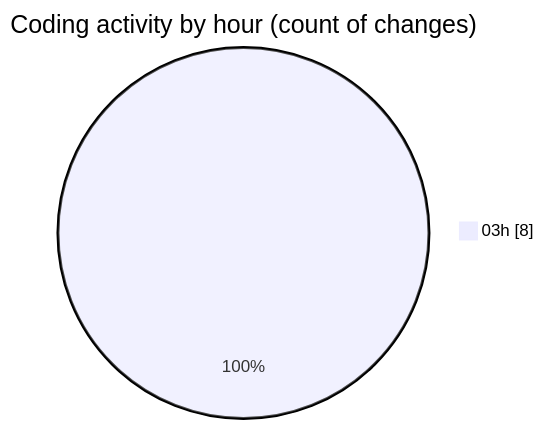
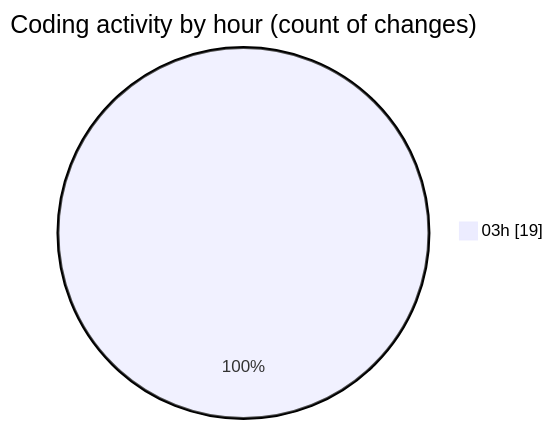
The second of 2 diagrams in 2025-05-23/projects/README.md (Ritupan-Deka/code-tracking), drawn with Mermaid before and after one commit. The commit also changed other lines of this file and 1 other file, not shown here.

````diff
--- a/2025-05-23/projects/README.md
+++ b/2025-05-23/projects/README.md
@@ -28,5 +28,5 @@
 ```mermaid
 pie showData
 title Coding activity by hour (count of changes)
-"03h" : 8
+"03h" : 19
 ```
````
